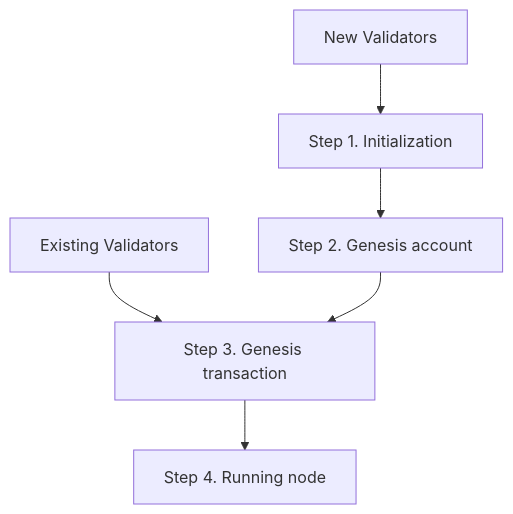
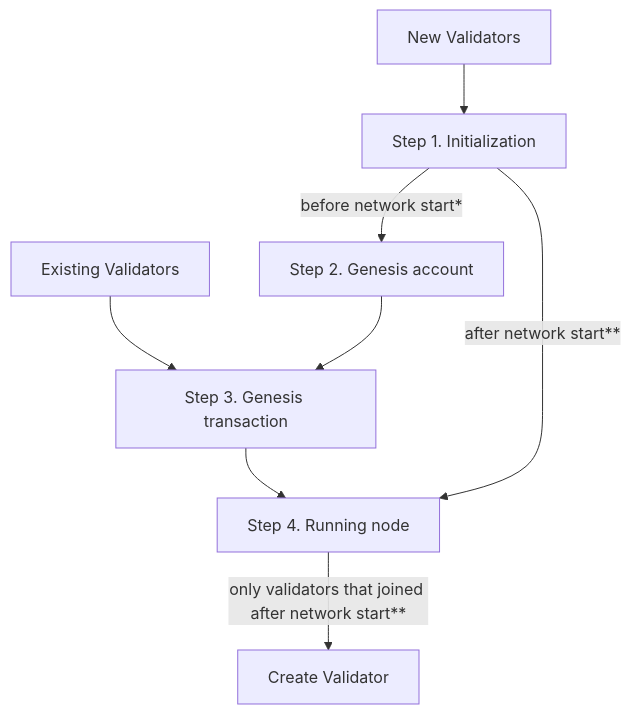
Before and after one commit to microtick/node-operations: the diagram in README.md, drawn with Mermaid. The commit also changed other lines of this file, not shown here.

````diff
--- a/README.md
+++ b/README.md
@@ -3,8 +3,10 @@
 ```mermaid
 graph TD;
   New[New Validators] --> Step1[Step 1. Initialization];
-  Step1 --> Step2[Step 2. Genesis account];
+  Step1 -- before network start* --> Step2[Step 2. Genesis account];
   Existing[Existing Validators] --> Step3[Step 3. Genesis transaction]
   Step2 --> Step3;
   Step3 --> Step4[Step 4. Running node]
+  Step1 -- after network start** --> Step4
+  Step4 -- only validators that joined after network start** --> Step5[Create Validator]
 ```
````
